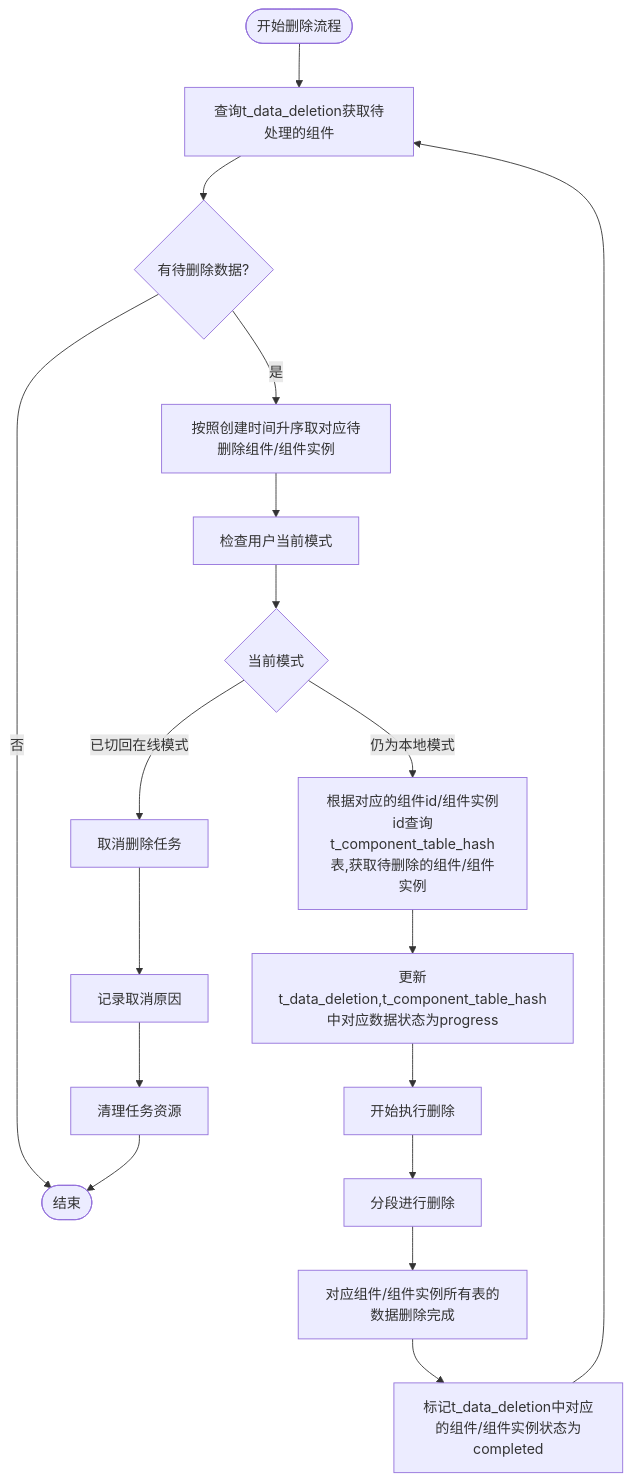
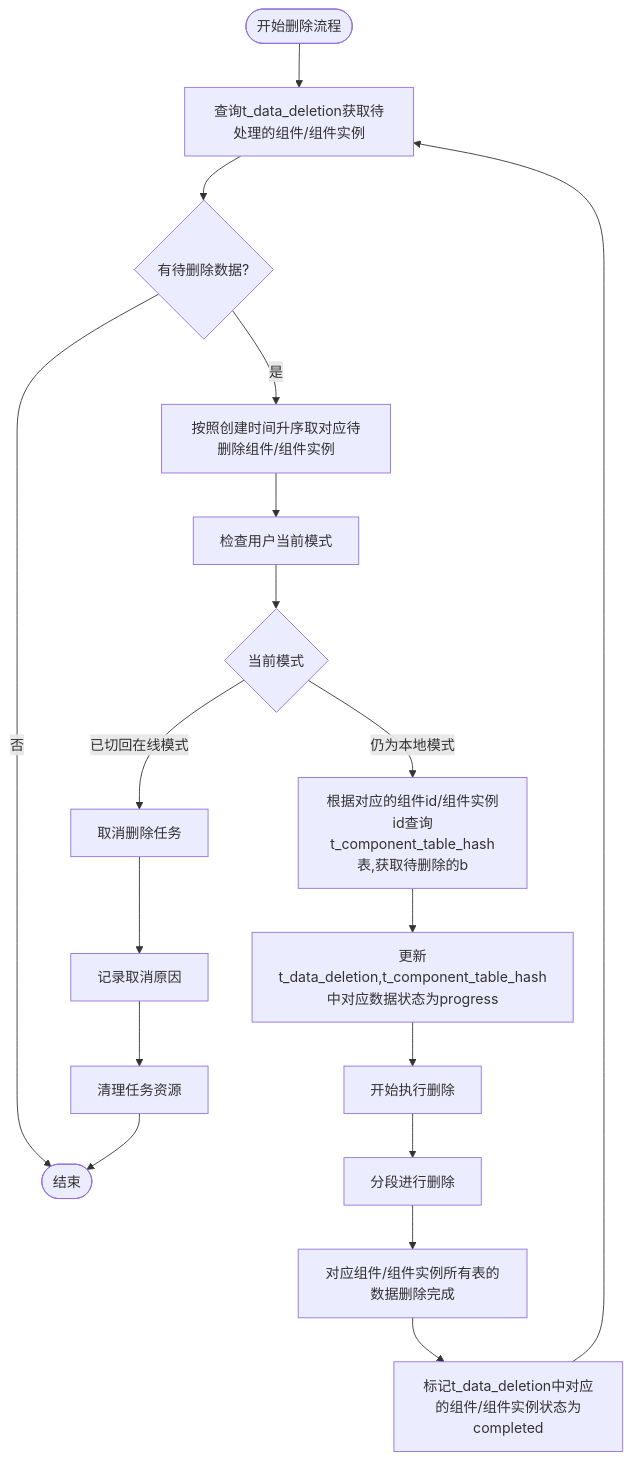
The diagram in all/未命名-51.md (yingjianzh/iodraw-files), drawn with Mermaid before and after one commit.

Commit message:
2025-05-08 15:46:15 update

````diff
--- a/all/未命名-51.md
+++ b/all/未命名-51.md
@@ -1,28 +1,28 @@
 ```mermaid
 flowchart TD
-    Start([开始删除流程]) --> FetchTasks[查询t_data_deletion获取待处理的组件]
+    Start([开始删除流程]) --> FetchTasks[查询t_data_deletion获取待处理的组件/组件实例]
     FetchTasks --> HasTasks{有待删除数据?}
     
     HasTasks -->|否| End([结束])
     HasTasks -->|是| PrioritizeTasks[按照创建时间升序取对应待删除组件/组件实例]
     
     PrioritizeTasks --> CheckUserMode[检查用户当前模式]
     
     CheckUserMode --> CurrentMode{当前模式}
     CurrentMode -->|已切回在线模式| TaskCancel[取消删除任务]
-    CurrentMode -->|仍为本地模式| LockTask[根据对应的组件id/组件实例id查询t_component_table_hash表,获取待删除的组件/组件实例]
+    CurrentMode -->|仍为本地模式| LockTask[根据对应的组件id/组件实例id查询t_component_table_hash表,获取待删除的b]
     
     LockTask --> UpdateStatus[更新t_data_deletion,t_component_table_hash中对应数据状态为progress]
     UpdateStatus --> BeginDeletion[开始执行删除]
     
     BeginDeletion --> A[分段进行删除]
     
     A --> B[对应组件/组件实例所有表的数据删除完成]
     B --> MarkCompleted[标记t_data_deletion中对应的组件/组件实例状态为completed]
     
     TaskCancel --> LogCancellation[记录取消原因]
     LogCancellation --> CleanupTask[清理任务资源]
     
     MarkCompleted --> FetchTasks
     CleanupTask --> End
 ```
````
